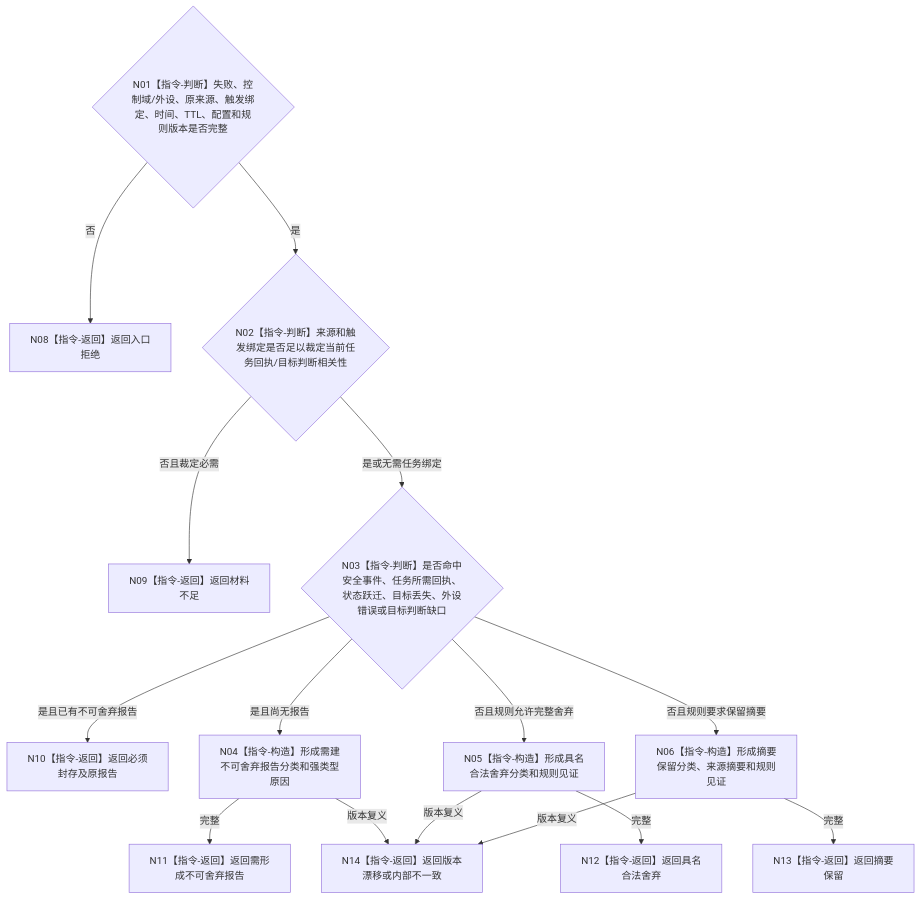
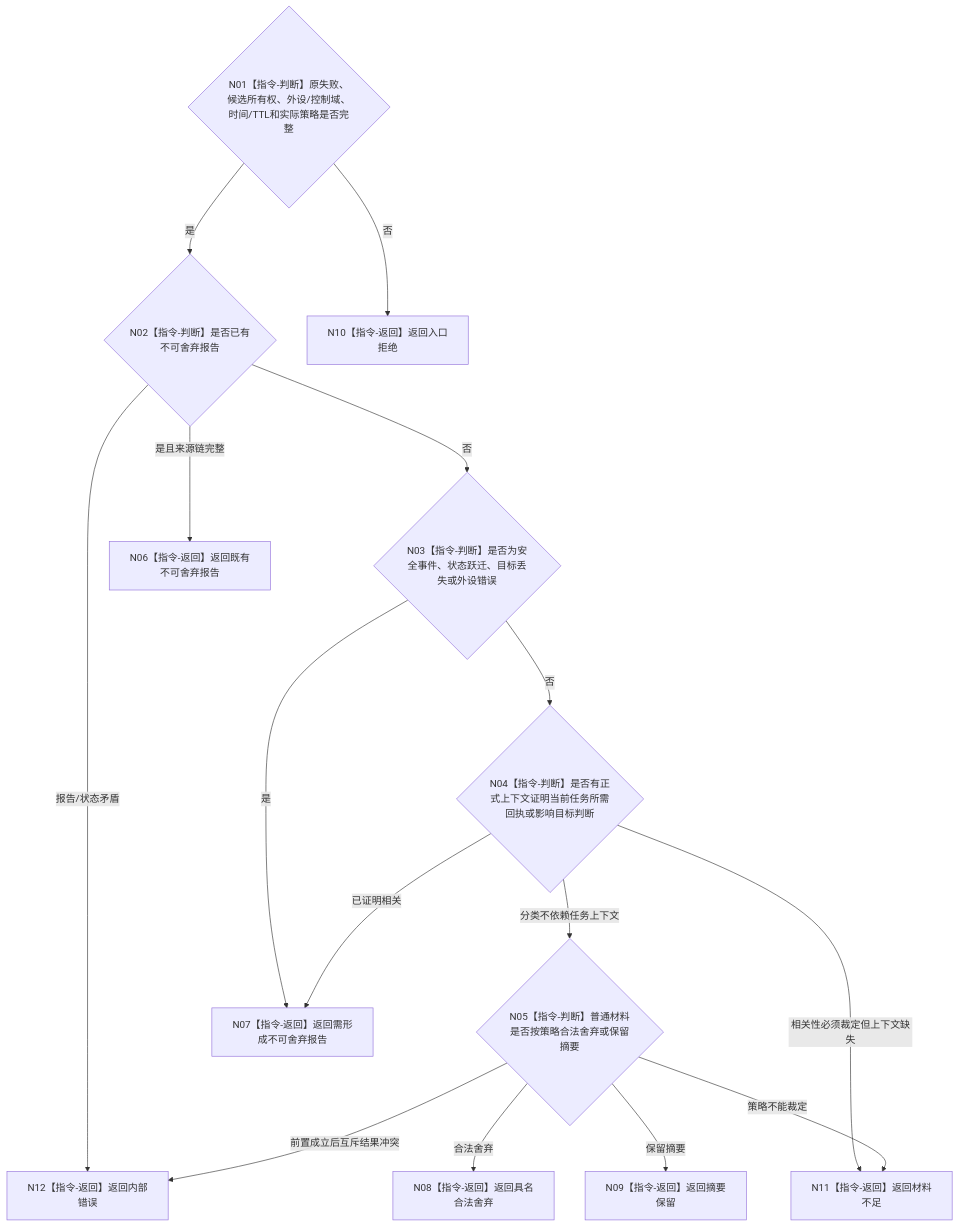
One commit to chunhaizh-cyber/HY-Ego changed the diagram in 流程图/目标业务流程图/L3/BIZ-L3-006-02-01_分类外设失败_目标函数流程图_v0.2.md. Above: the diagram before and after it, drawn with Mermaid. The commit also changed other lines of this file and 11 other files, not shown here.

````diff
--- a/流程图/目标业务流程图/L3/BIZ-L3-006-02-01_分类外设失败_目标函数流程图_v0.2.md
+++ b/流程图/目标业务流程图/L3/BIZ-L3-006-02-01_分类外设失败_目标函数流程图_v0.2.md
@@ -30,17 +30,30 @@
 ```mermaid
 flowchart TD
-    N01{"N01【指令-判断】失败、控制域/外设、原来源、触发绑定、时间、TTL、配置和规则版本是否完整"} -->|否| N08["N08【指令-返回】返回入口拒绝"]
-    N01 -->|是| N02{"N02【指令-判断】来源和触发绑定是否足以裁定当前任务回执/目标判断相关性"}
-    N02 -->|否且裁定必需| N09["N09【指令-返回】返回材料不足"]
-    N02 -->|是或无需任务绑定| N03{"N03【指令-判断】是否命中安全事件、任务所需回执、状态跃迁、目标丢失、外设错误或目标判断缺口"}
-    N03 -->|是且已有不可舍弃报告| N10["N10【指令-返回】返回必须封存及原报告"]
-    N03 -->|是且尚无报告| N04["N04【指令-构造】形成需建不可舍弃报告分类和强类型原因"]
-    N03 -->|否且规则允许完整舍弃| N05["N05【指令-构造】形成具名合法舍弃分类和规则见证"]
-    N03 -->|否且规则要求保留摘要| N06["N06【指令-构造】形成摘要保留分类、来源摘要和规则见证"]
-    N04 -->|完整| N11["N11【指令-返回】返回需形成不可舍弃报告"]
-    N05 -->|完整| N12["N12【指令-返回】返回具名合法舍弃"]
-    N06 -->|完整| N13["N13【指令-返回】返回摘要保留"]
-    N04 -->|版本复义| N14["N14【指令-返回】返回版本漂移或内部不一致"]
-    N05 -->|版本复义| N14
-    N06 -->|版本复义| N14
+    N01{"N01【指令-判断】原失败、候选所有权、外设/控制域、时间/TTL和实际策略是否完整"}
+    N02{"N02【指令-判断】是否已有不可舍弃报告"}
+    N03{"N03【指令-判断】是否为安全事件、状态跃迁、目标丢失或外设错误"}
+    N04{"N04【指令-判断】是否有正式上下文证明当前任务所需回执或影响目标判断"}
+    N05{"N05【指令-判断】普通材料是否按策略合法舍弃或保留摘要"}
+    N06["N06【指令-返回】返回既有不可舍弃报告"]
+    N07["N07【指令-返回】返回需形成不可舍弃报告"]
+    N08["N08【指令-返回】返回具名合法舍弃"]
+    N09["N09【指令-返回】返回摘要保留"]
+    N10["N10【指令-返回】返回入口拒绝"]
+    N11["N11【指令-返回】返回材料不足"]
+    N12["N12【指令-返回】返回内部错误"]
+
+    N01 -->|否| N10
+    N01 -->|是| N02
+    N02 -->|是且来源链完整| N06
+    N02 -->|报告/状态矛盾| N12
+    N02 -->|否| N03
+    N03 -->|是| N07
+    N03 -->|否| N04
+    N04 -->|已证明相关| N07
+    N04 -->|分类不依赖任务上下文| N05
+    N04 -->|相关性必须裁定但上下文缺失| N11
+    N05 -->|合法舍弃| N08
+    N05 -->|保留摘要| N09
+    N05 -->|策略不能裁定| N11
+    N05 -->|前置成立后互斥结果冲突| N12
 ```
````
